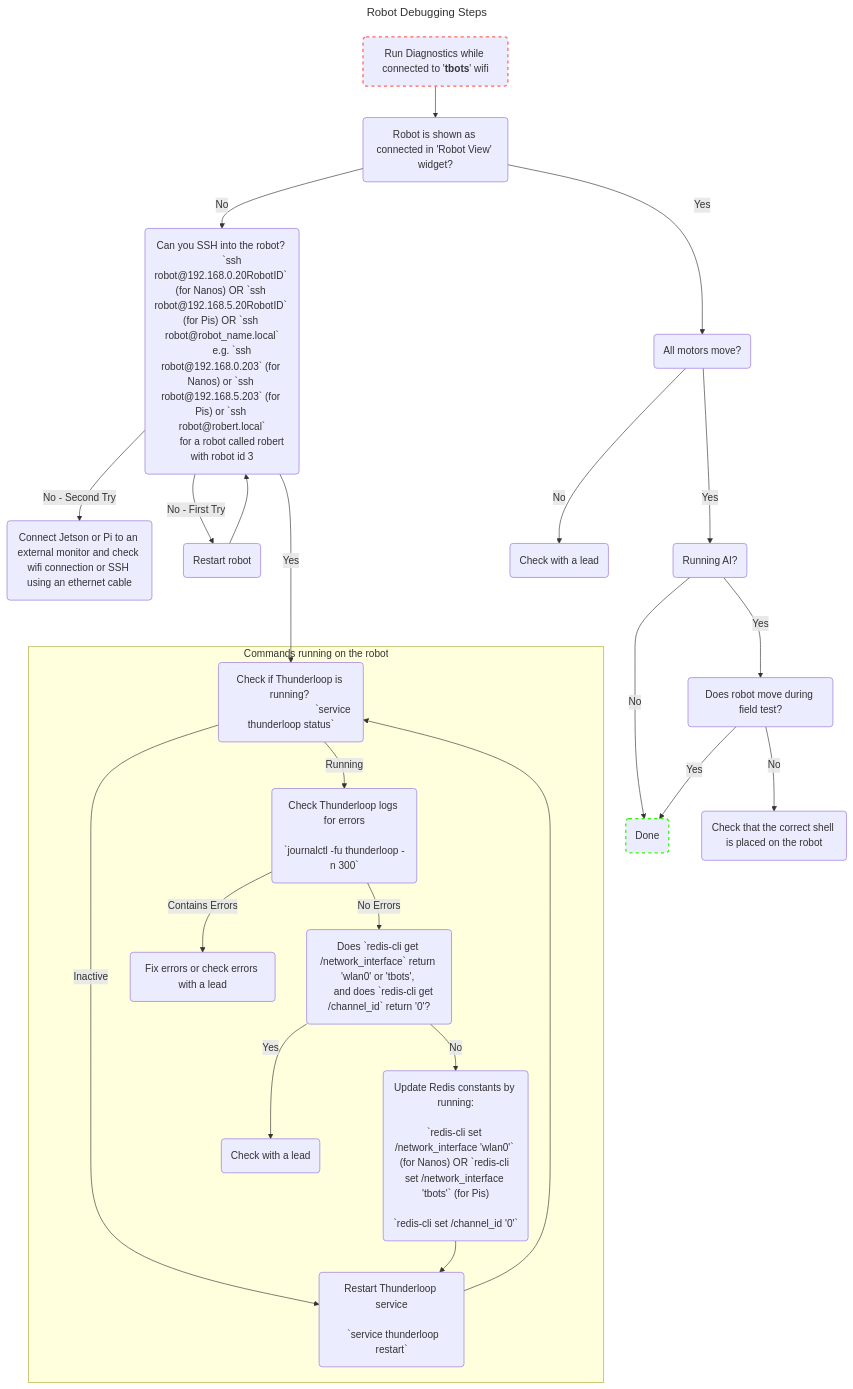
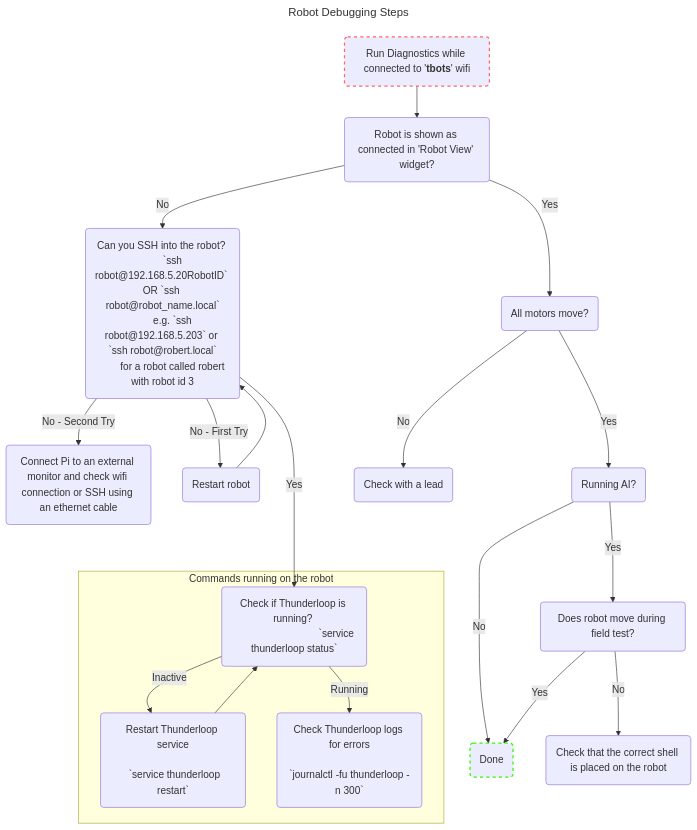
Before and after one commit to UBC-Thunderbots/Software: the diagram in docs/useful-robot-commands.md, drawn with Mermaid. The commit also changed other lines of this file and 77 other files, not shown here.

````diff
--- a/docs/useful-robot-commands.md
+++ b/docs/useful-robot-commands.md
@@ -29,48 +27,40 @@
 ```mermaid
 ---
 title: Robot Debugging Steps
 ---
 flowchart TD
     ssh("Can you SSH into the robot? 
-        `ssh robot@192.168.0.20RobotID` (for Nanos) OR `ssh robot@192.168.5.20RobotID` (for Pis) OR `ssh robot@robot_name.local`
-        e.g. `ssh robot@192.168.0.203` (for Nanos) or `ssh robot@192.168.5.203` (for Pis) or `ssh robot@robert.local`
+        `ssh robot@192.168.5.20RobotID` OR `ssh robot@robot_name.local`
+        e.g. `ssh robot@192.168.5.203` or `ssh robot@robert.local`
         for a robot called robert with robot id 3")
     ssh ---> |Yes| tloop_status
-    ssh --> |No - Second Try| monitor("Connect Jetson or Pi to an external monitor and check wifi connection or SSH using an ethernet cable")
+    ssh --> |No - Second Try| monitor("Connect Pi to an external monitor and check wifi connection or SSH using an ethernet cable")
     ssh --> |No - First Try| restart(Restart robot)
     restart --> ssh
 
     diagnostics("`Run Diagnostics while connected to '**tbots**' wifi`") --> robot_view
     robot_view(Robot is shown as connected in 'Robot View' widget?) --> |Yes| check_motors(All motors move?)
     style diagnostics stroke:#f66,stroke-width:2px,stroke-dasharray: 5 5
 
     check_motors -->|Yes| field_test(Running AI?)
     field_test -->|No| done(Done)
     style done stroke:#30fa02,stroke-width:2px,stroke-dasharray: 5 5
     field_test -->|Yes| field_test_moves(Does robot move during field test?)
     field_test_moves --> |No| check_shell("`Check that the correct shell is placed on the robot`")
     check_shell
     field_test_moves --> |Yes| done
 
     robot_view --> |No| ssh
     check_motors -->|No| rip
     rip(Check with a lead)
                   
     subgraph ssh_graph [Commands running on the robot]
     tloop_status(Check if Thunderloop is running? 
                                `service thunderloop status`)
     tloop_status --> |Inactive| tloop_restart(Restart Thunderloop service
                                               `service thunderloop restart`)
     tloop_status --> |Running| tloop_logs(Check Thunderloop logs for errors
                                           `journalctl -fu thunderloop -n 300`)
-    tloop_logs --> |No Errors| check_redis(Does `redis-cli get /network_interface` return 'wlan0' or 'tbots', 
-    and does `redis-cli get /channel_id` return '0'?)
-    tloop_logs --> |Contains Errors| rip2("Fix errors or check errors with a lead")
-    check_redis --> |No| update_redis("Update Redis constants by running:
-                                      `redis-cli set /network_interface 'wlan0'` (for Nanos) OR `redis-cli set /network_interface 'tbots'` (for Pis)
-                                      `redis-cli set /channel_id '0'`")
-    check_redis --> |Yes| rip3(Check with a lead)
-    update_redis --> tloop_restart
     tloop_restart --> tloop_status
     end
 ```
````
